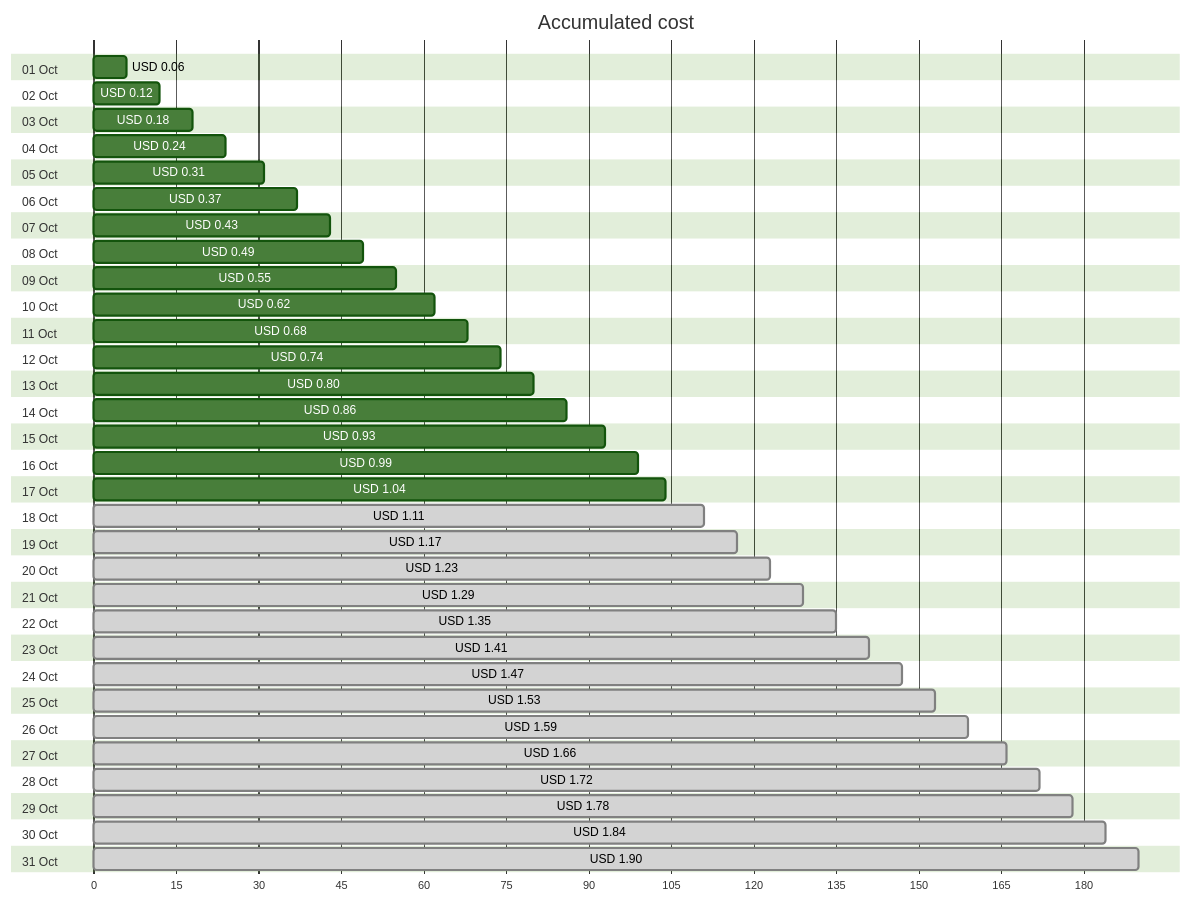
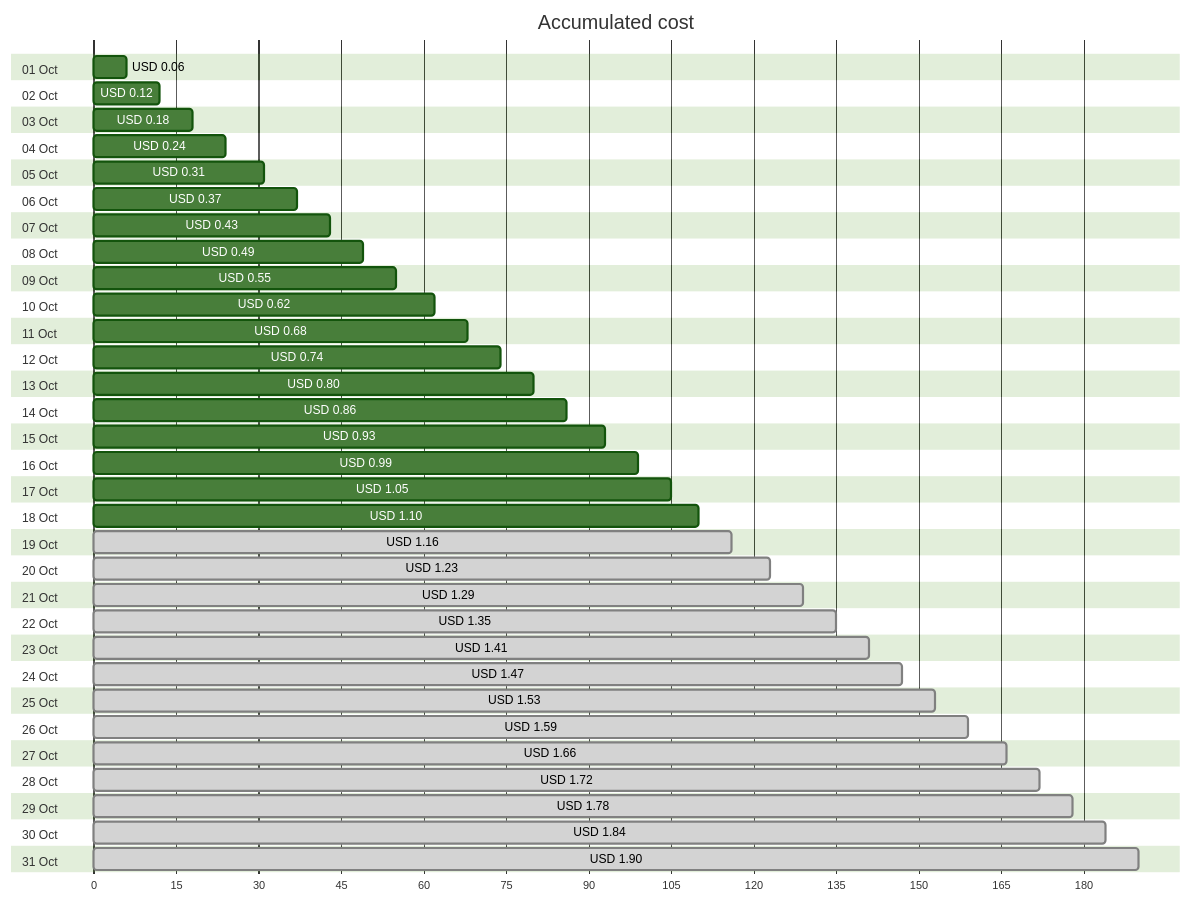
Before and after one commit to jpfulton/azure-personal-reports: the first of 4 diagrams in cost-reports/personal-network/backup-server_OsDisk.md, drawn with Mermaid (forest theme). The commit also changed other lines of this file and 8 other files, not shown here.

````diff
--- a/cost-reports/personal-network/backup-server_OsDisk.md
+++ b/cost-reports/personal-network/backup-server_OsDisk.md
@@ -20,68 +20,68 @@
 ```mermaid
 gantt
    title Accumulated cost
    dateFormat  X
    axisFormat %s
    section 01 Oct
    USD 0.06 :0, 6
    section 02 Oct
    USD 0.12 :0, 12
    section 03 Oct
    USD 0.18 :0, 18
    section 04 Oct
    USD 0.24 :0, 24
    section 05 Oct
    USD 0.31 :0, 31
    section 06 Oct
    USD 0.37 :0, 37
    section 07 Oct
    USD 0.43 :0, 43
    section 08 Oct
    USD 0.49 :0, 49
    section 09 Oct
    USD 0.55 :0, 55
    section 10 Oct
    USD 0.62 :0, 62
    section 11 Oct
    USD 0.68 :0, 68
    section 12 Oct
    USD 0.74 :0, 74
    section 13 Oct
    USD 0.80 :0, 80
    section 14 Oct
    USD 0.86 :0, 86
    section 15 Oct
    USD 0.93 :0, 93
    section 16 Oct
    USD 0.99 :0, 99
    section 17 Oct
-   USD 1.04 :0, 104
+   USD 1.05 :0, 105
    section 18 Oct
-   USD 1.11 : done, 0, 111
+   USD 1.10 :0, 110
    section 19 Oct
-   USD 1.17 : done, 0, 117
+   USD 1.16 : done, 0, 116
    section 20 Oct
    USD 1.23 : done, 0, 123
    section 21 Oct
    USD 1.29 : done, 0, 129
    section 22 Oct
    USD 1.35 : done, 0, 135
    section 23 Oct
    USD 1.41 : done, 0, 141
    section 24 Oct
    USD 1.47 : done, 0, 147
    section 25 Oct
    USD 1.53 : done, 0, 153
    section 26 Oct
    USD 1.59 : done, 0, 159
    section 27 Oct
    USD 1.66 : done, 0, 166
    section 28 Oct
    USD 1.72 : done, 0, 172
    section 29 Oct
    USD 1.78 : done, 0, 178
    section 30 Oct
    USD 1.84 : done, 0, 184
    section 31 Oct
    USD 1.90 : done, 0, 190
 ```
````
